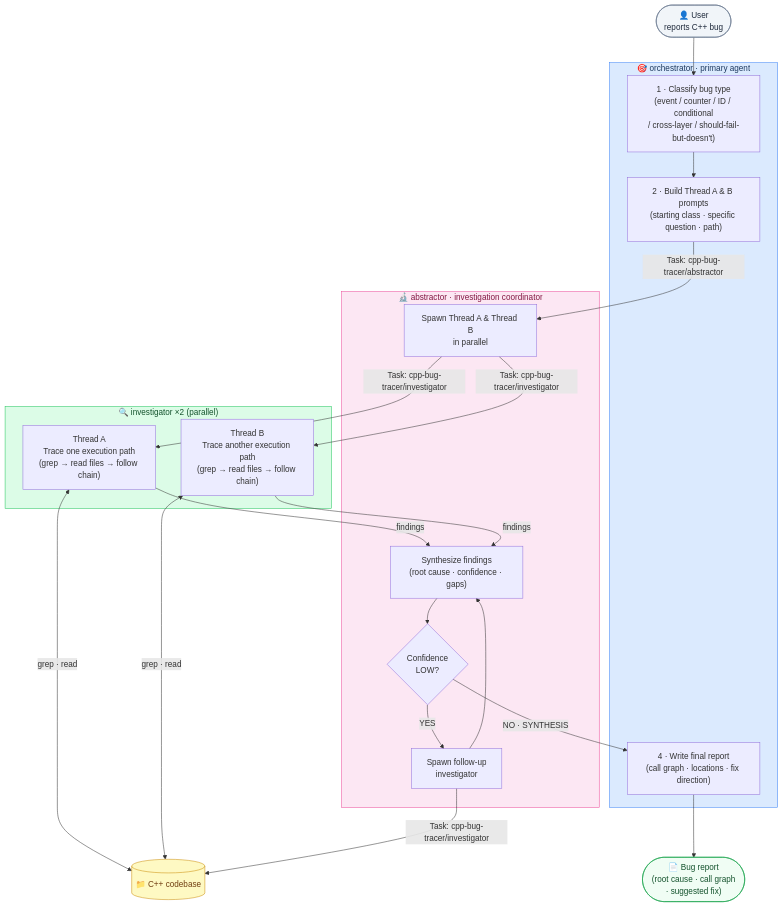
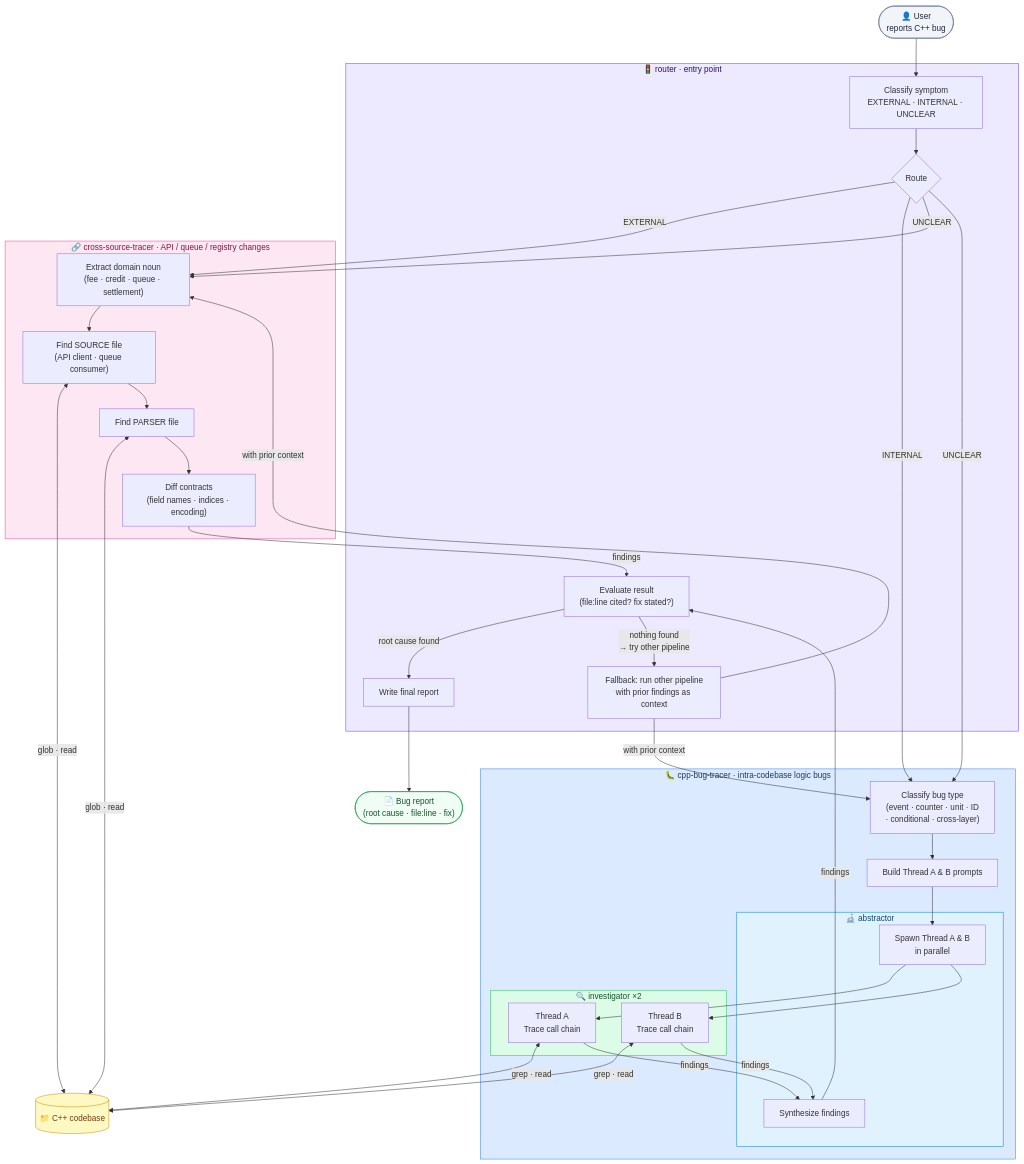
The diagram in workflow.mmd (Nielk74/cpp-bug-tracer), drawn with Mermaid before and after one commit. The commit also changed 8 other files, not shown here.

First line of the commit message:
Tidy root: remove agent duplicates, update workflow diagram

```diff
--- a/workflow.mmd
+++ b/workflow.mmd
@@ -1,47 +1,75 @@
 flowchart TD
     User(["👤 User\nreports C++ bug"])
 
-    subgraph orchestrator["🎯 orchestrator  ·  primary agent"]
-        O1["1 · Classify bug type\n(event / counter / ID / conditional\n/ cross-layer / should-fail-but-doesn't)"]
-        O2["2 · Build Thread A & B prompts\n(starting class · specific question · path)"]
-        O3["4 · Write final report\n(call graph · locations · fix direction)"]
+    subgraph router["🚦 router  ·  entry point"]
+        R1["Classify symptom\nEXTERNAL · INTERNAL · UNCLEAR"]
+        R2{"Route"}
+        R3["Evaluate result\n(file:line cited? fix stated?)"]
+        R4["Fallback: run other pipeline\nwith prior findings as context"]
+        R5["Write final report"]
     end
 
-    subgraph abstractor["🔬 abstractor  ·  investigation coordinator"]
-        A1["Spawn Thread A & Thread B\nin parallel"]
-        A2["Synthesize findings\n(root cause · confidence · gaps)"]
-        A3{"Confidence\nLOW?"}
-        A4["Spawn follow-up\ninvestigator"]
+    subgraph cst["🔗 cross-source-tracer  ·  API / queue / registry changes"]
+        CST1["Extract domain noun\n(fee · credit · queue · settlement)"]
+        CST2["Find SOURCE file\n(API client · queue consumer)"]
+        CST3["Find PARSER file"]
+        CST4["Diff contracts\n(field names · indices · encoding)"]
     end
 
-    subgraph investigators["🔍 investigator  ×2  (parallel)"]
-        I1["Thread A\nTrace one execution path\n(grep → read files → follow chain)"]
-        I2["Thread B\nTrace another execution path\n(grep → read files → follow chain)"]
+    subgraph bugtracer["🐛 cpp-bug-tracer  ·  intra-codebase logic bugs"]
+        O1["Classify bug type\n(event · counter · unit · ID\n· conditional · cross-layer)"]
+        O2["Build Thread A & B prompts"]
+
+        subgraph abstractor["🔬 abstractor"]
+            A1["Spawn Thread A & B\nin parallel"]
+            A2["Synthesize findings"]
+        end
+
+        subgraph investigators["🔍 investigator ×2"]
+            I1["Thread A\nTrace call chain"]
+            I2["Thread B\nTrace call chain"]
+        end
     end
 
     Codebase[("📁 C++ codebase")]
+    Report(["📄 Bug report\n(root cause · file:line · fix)"])
 
-    Report(["📄 Bug report\n(root cause · call graph\n· suggested fix)"])
+    User --> R1
+    R1 --> R2
 
-    User --> O1
+    R2 -->|EXTERNAL| CST1
+    R2 -->|INTERNAL| O1
+    R2 -->|UNCLEAR| CST1
+    R2 -->|UNCLEAR| O1
+
+    CST1 --> CST2
+    CST2 <-->|"glob · read"| Codebase
+    CST2 --> CST3
+    CST3 <-->|"glob · read"| Codebase
+    CST3 --> CST4
+    CST4 -->|findings| R3
+
     O1 --> O2
-    O2 -->|"Task: cpp-bug-tracer/abstractor"| A1
-    A1 -->|"Task: cpp-bug-tracer/investigator"| I1
-    A1 -->|"Task: cpp-bug-tracer/investigator"| I2
+    O2 --> A1
+    A1 --> I1
+    A1 --> I2
     I1 <-->|"grep · read"| Codebase
     I2 <-->|"grep · read"| Codebase
     I1 -->|findings| A2
     I2 -->|findings| A2
-    A2 --> A3
-    A3 -->|YES| A4
-    A4 -->|"Task: cpp-bug-tracer/investigator"| Codebase
-    A4 --> A2
-    A3 -->|NO · SYNTHESIS| O3
-    O3 --> Report
+    A2 -->|findings| R3
 
-    style orchestrator fill:#dbeafe,stroke:#3b82f6,color:#1e3a5f
-    style abstractor fill:#fce7f3,stroke:#ec4899,color:#831843
+    R3 -->|"root cause found"| R5
+    R3 -->|"nothing found\n→ try other pipeline"| R4
+    R4 -->|"with prior context"| CST1
+    R4 -->|"with prior context"| O1
+    R5 --> Report
+
+    style router fill:#ede9fe,stroke:#7c3aed,color:#2e1065
+    style cst fill:#fce7f3,stroke:#ec4899,color:#831843
+    style bugtracer fill:#dbeafe,stroke:#3b82f6,color:#1e3a5f
+    style abstractor fill:#e0f2fe,stroke:#0284c7,color:#0c4a6e
     style investigators fill:#dcfce7,stroke:#22c55e,color:#14532d
     style Codebase fill:#fef9c3,stroke:#ca8a04,color:#713f12
     style User fill:#f1f5f9,stroke:#64748b,color:#1e293b
     style Report fill:#f0fdf4,stroke:#16a34a,color:#14532d
```
